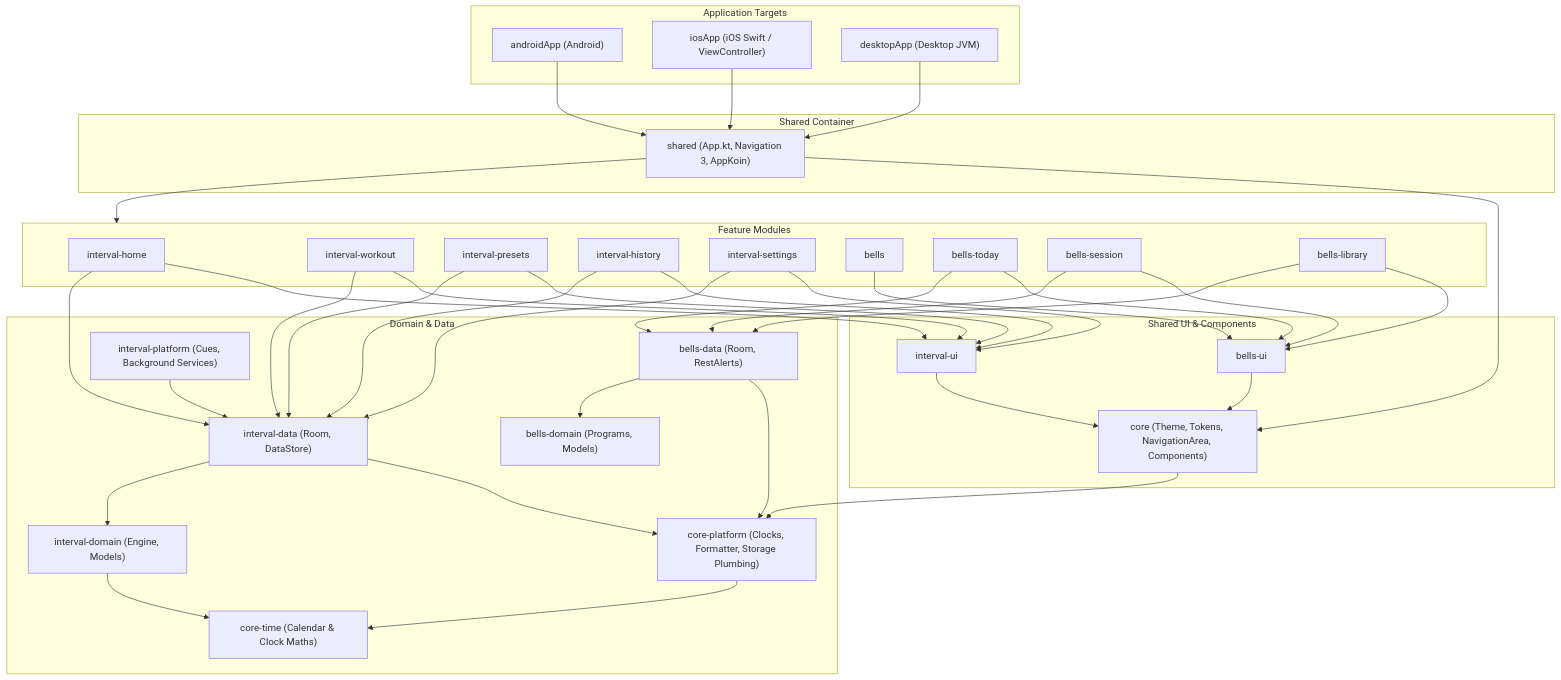
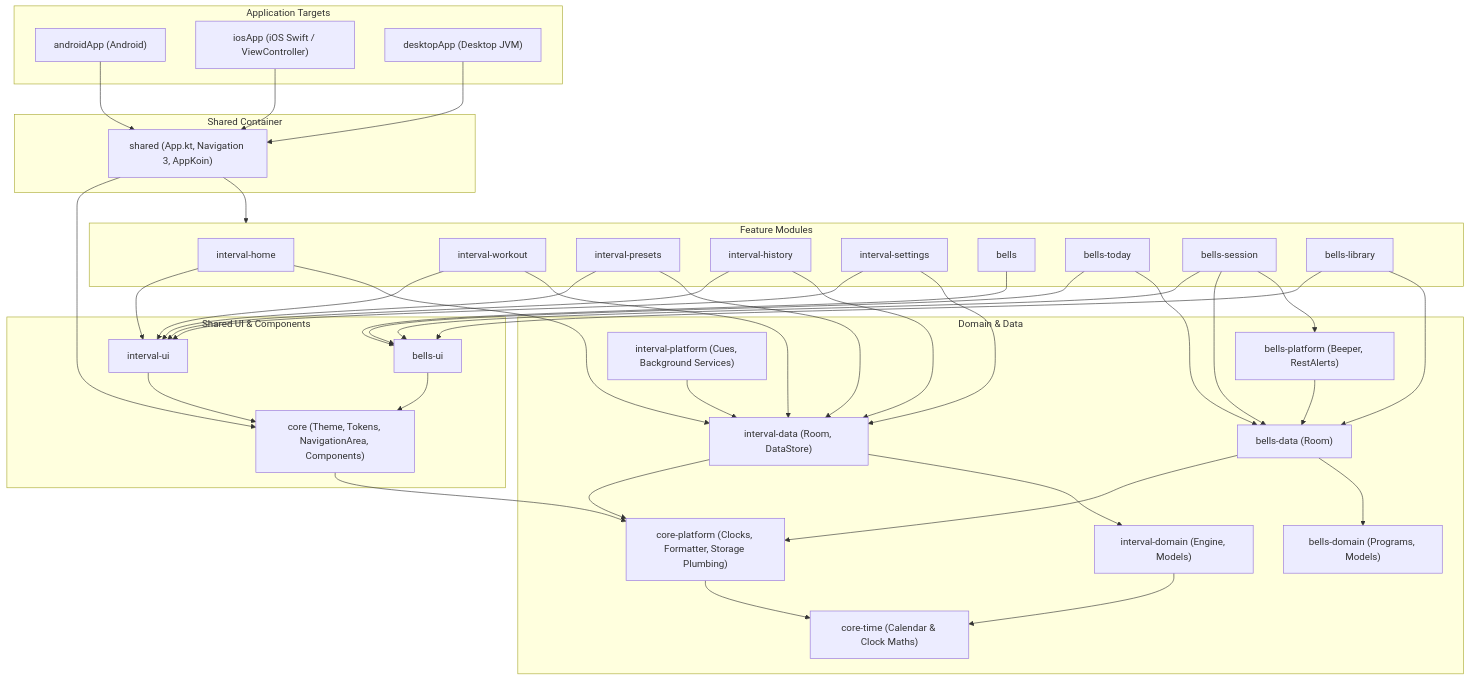
One commit to smithjustinn84-netizen/interval changed the first of 2 diagrams in docs/architecture.md. Above: the diagram before and after it, drawn with Mermaid. The commit also changed other lines of this file and 19 other files, not shown here.

First line of the commit message:
Build: move Lift's platform code from bells-data into bells-platform

````diff
--- a/docs/architecture.md
+++ b/docs/architecture.md
@@ -49,7 +49,8 @@
         IntervalDomain["interval-domain (Engine, Models)"]
         CorePlatform["core-platform (Clocks, Formatter, Storage Plumbing)"]
         CoreTime["core-time (Calendar & Clock Maths)"]
-        BellsData["bells-data (Room, RestAlerts)"]
+        BellsData["bells-data (Room)"]
+        BellsPlatform["bells-platform (Beeper, RestAlerts)"]
         BellsDomain["bells-domain (Programs, Models)"]
         IntervalPlatform["interval-platform (Cues, Background Services)"]
     end
@@ -92,5 +93,7 @@
 
     IntervalData --> IntervalDomain
     BellsData --> BellsDomain
+    LiftSession --> BellsPlatform
+    BellsPlatform --> BellsData
     IntervalPlatform --> IntervalData
 ```
````
